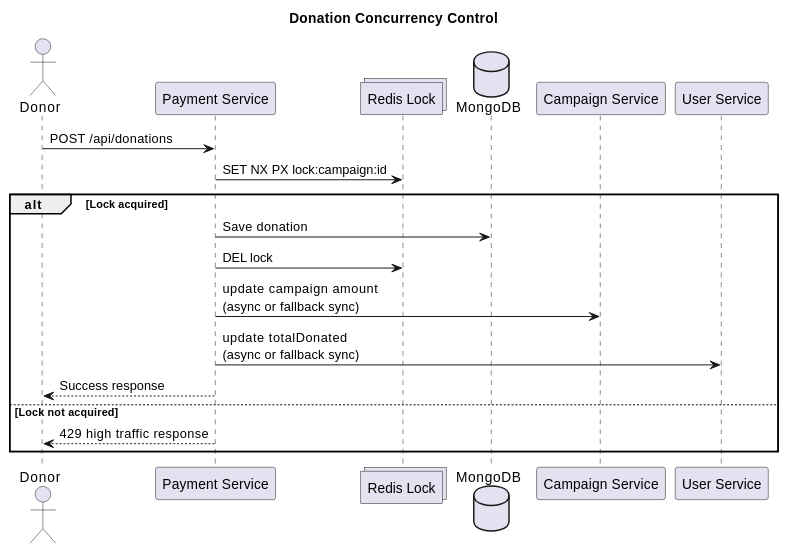
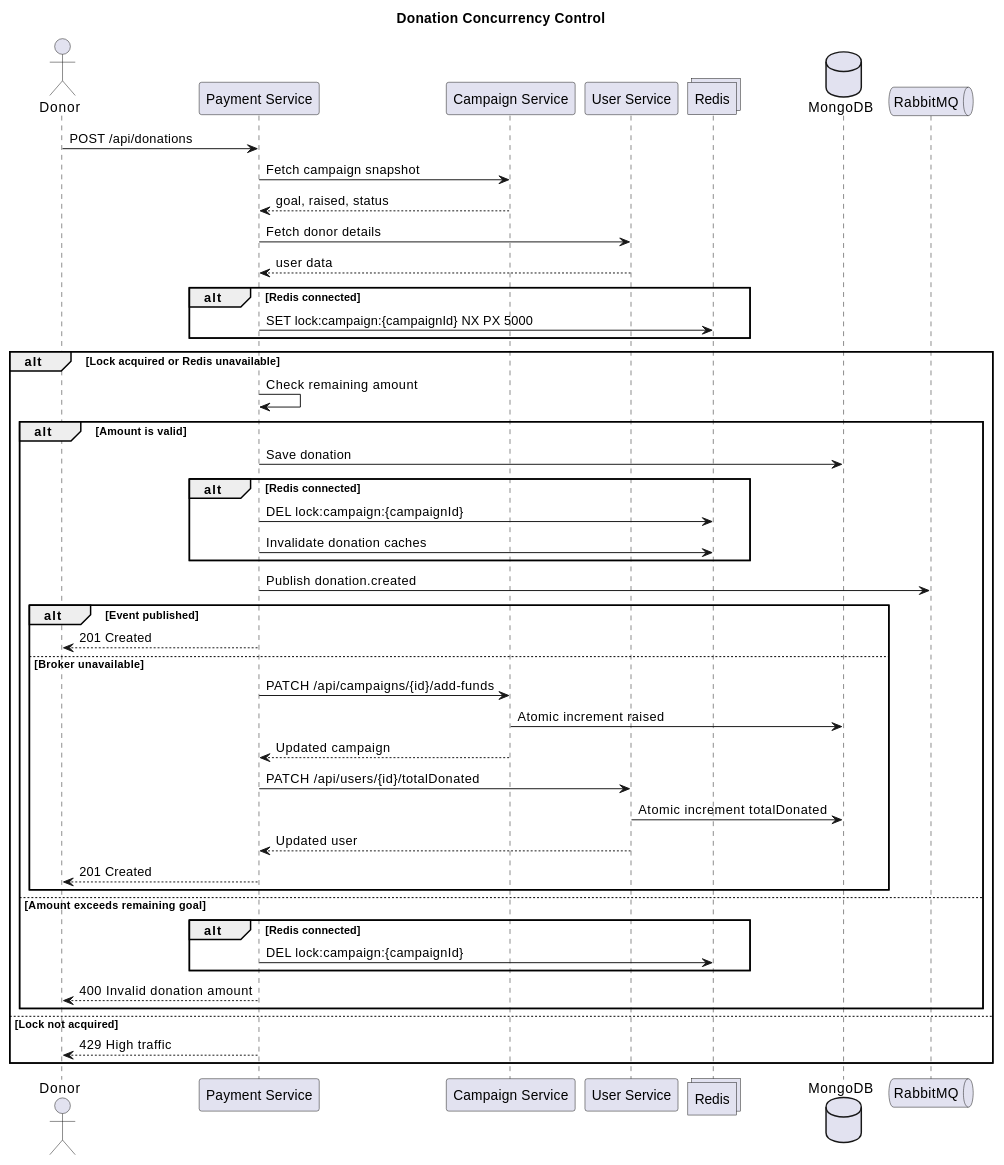
One commit to bhattacharyaArnab03/CROWD-FUNDING-APPLICATION changed the third of 6 diagrams in README.md. Above: the diagram before and after it, drawn with PlantUML. The commit also changed other lines of this file and 11 other files, not shown here.

````diff
--- a/README.md
+++ b/README.md
@@ -344,26 +396,54 @@
 ```plantuml
 @startuml
 title Donation Concurrency Control
 
 actor Donor
 participant "Payment Service" as PS
-collections "Redis Lock" as RL
-database "MongoDB" as DB
 participant "Campaign Service" as CS
 participant "User Service" as US
+collections "Redis" as RD
+database "MongoDB" as MDB
+queue "RabbitMQ" as MQ
 
 Donor -> PS : POST /api/donations
-PS -> RL : SET NX PX lock:campaign:id
+PS -> CS : Fetch campaign snapshot
+CS --> PS : goal, raised, status
+PS -> US : Fetch donor details
+US --> PS : user data
 
-alt Lock acquired
-  PS -> DB : Save donation
-  PS -> RL : DEL lock
-  PS -> CS : update campaign amount\n(async or fallback sync)
-  PS -> US : update totalDonated\n(async or fallback sync)
-  PS --> Donor : Success response
+alt Redis connected
+  PS -> RD : SET lock:campaign:{campaignId} NX PX 5000
+end
+
+alt Lock acquired or Redis unavailable
+  PS -> PS : Check remaining amount
+  alt Amount is valid
+    PS -> MDB : Save donation
+    alt Redis connected
+      PS -> RD : DEL lock:campaign:{campaignId}
+      PS -> RD : Invalidate donation caches
+    end
+    PS -> MQ : Publish donation.created
+    alt Event published
+      PS --> Donor : 201 Created
+    else Broker unavailable
+      PS -> CS : PATCH /api/campaigns/{id}/add-funds
+      CS -> MDB : Atomic increment raised
+      CS --> PS : Updated campaign
+      PS -> US : PATCH /api/users/{id}/totalDonated
+      US -> MDB : Atomic increment totalDonated
+      US --> PS : Updated user
+      PS --> Donor : 201 Created
+    end
+  else Amount exceeds remaining goal
+    alt Redis connected
+      PS -> RD : DEL lock:campaign:{campaignId}
+    end
+    PS --> Donor : 400 Invalid donation amount
+  end
 else Lock not acquired
-  PS --> Donor : 429 high traffic response
+  PS --> Donor : 429 High traffic
 end
 
 @enduml
 ```
````
